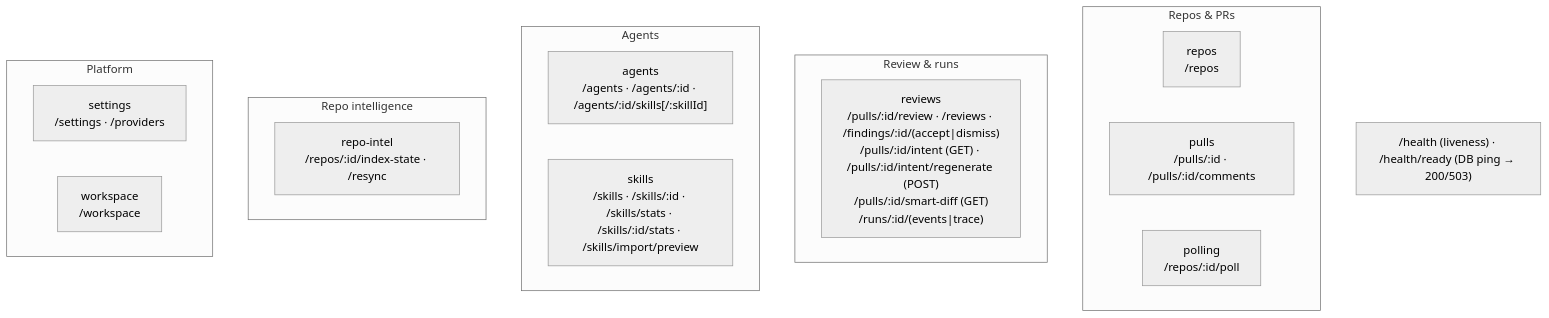
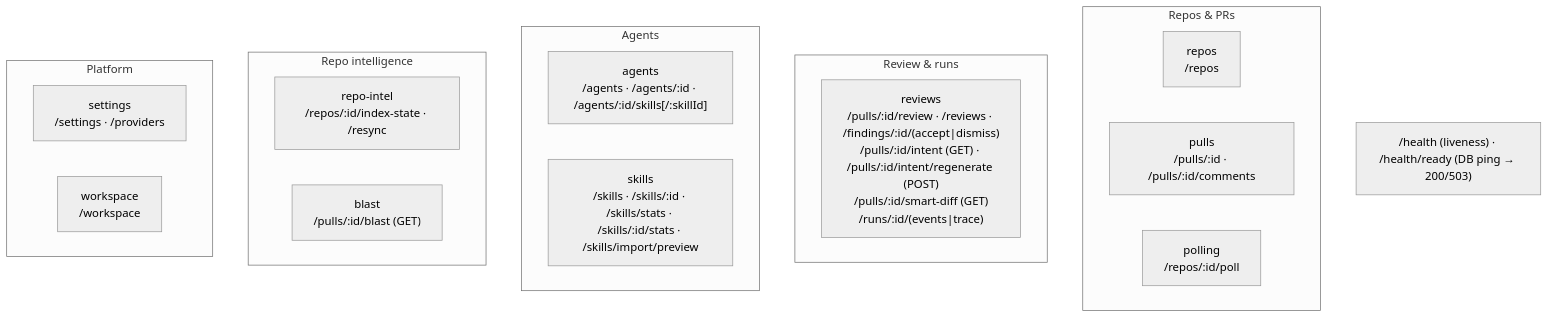
One commit to ai-agentic-engineering-neo/dev-digest changed the second of 2 diagrams in server/README.md. Above: the diagram before and after it, drawn with Mermaid (neutral theme). The commit also changed 13 other files, not shown here.

First line of the commit message:
feat(server): add GET /pulls/:id/blast blast-radius route

````diff
--- a/server/README.md
+++ b/server/README.md
@@ -64,23 +64,24 @@
 ```mermaid
 flowchart TB
   subgraph Repos_PRs["Repos & PRs"]
     repos["repos<br/>/repos"]
     pulls["pulls<br/>/pulls/:id · /pulls/:id/comments"]
     polling["polling<br/>/repos/:id/poll"]
   end
   subgraph Review["Review & runs"]
     reviews["reviews<br/>/pulls/:id/review · /reviews · /findings/:id/(accept|dismiss)<br/>/pulls/:id/intent (GET) · /pulls/:id/intent/regenerate (POST)<br/>/pulls/:id/smart-diff (GET)<br/>/runs/:id/(events|trace)"]
   end
   subgraph Agents["Agents"]
     agents["agents<br/>/agents · /agents/:id · /agents/:id/skills[/:skillId]"]
     skills["skills<br/>/skills · /skills/:id · /skills/stats · /skills/:id/stats · /skills/import/preview"]
   end
   subgraph Intel["Repo intelligence"]
     repoIntel["repo-intel<br/>/repos/:id/index-state · /resync"]
+    blast["blast<br/>/pulls/:id/blast (GET)"]
   end
   subgraph Platform["Platform"]
     settings["settings<br/>/settings · /providers"]
     workspace["workspace<br/>/workspace"]
   end
   HEALTH["/health (liveness) · /health/ready (DB ping → 200/503)"]
 ```
````
